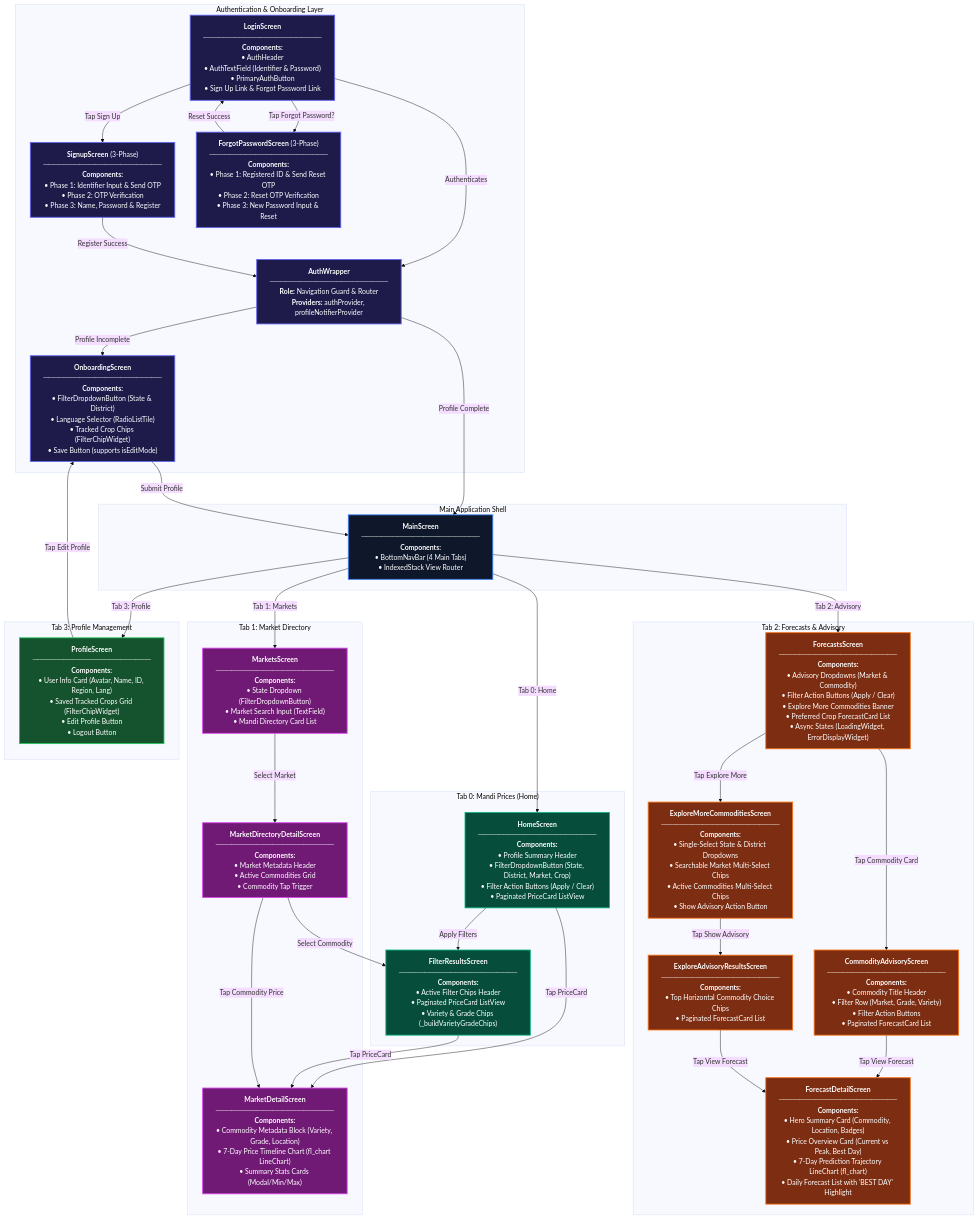
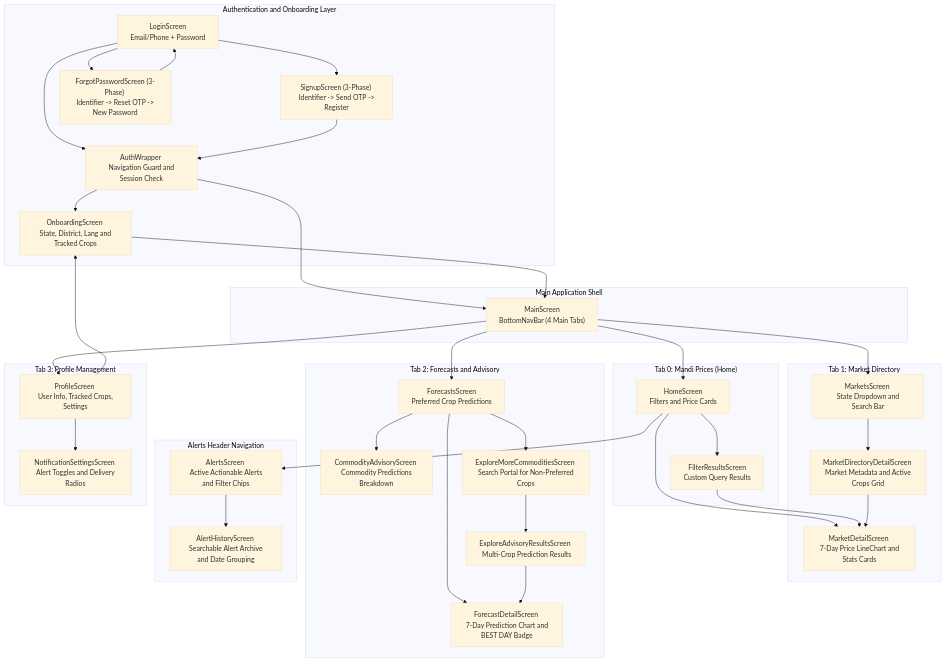
The third of 3 diagrams in agent_helper.md (Navaneeth832/mandi-intelligence-app), drawn with Mermaid (base theme) before and after one commit. The commit also changed other lines of this file, not shown here.

````diff
--- a/agent_helper.md
+++ b/agent_helper.md
@@ -305,81 +295,70 @@
 ```mermaid
 flowchart TB
- subgraph AuthLayer["Authentication & Onboarding Layer"]
-        AuthWrapper["<b>AuthWrapper</b><br>───────────────────────<br><b>Role:</b> Navigation Guard &amp; Router<br><b>Providers:</b> authProvider, profileNotifierProvider"]
-        LoginScreen["<b>LoginScreen</b><br>───────────────────────<br><b>Components:</b><br>• AuthHeader<br>• AuthTextField (Identifier &amp; Password)<br>• PrimaryAuthButton<br>• Sign Up Link &amp; Forgot Password Link"]
-        SignupScreen["<b>SignupScreen</b> (3-Phase)<br>───────────────────────<br><b>Components:</b><br>• Phase 1: Identifier Input &amp; Send OTP<br>• Phase 2: OTP Verification<br>• Phase 3: Name, Password &amp; Register"]
-        ForgotPasswordScreen["<b>ForgotPasswordScreen</b> (3-Phase)<br>───────────────────────<br><b>Components:</b><br>• Phase 1: Registered ID &amp; Send Reset OTP<br>• Phase 2: Reset OTP Verification<br>• Phase 3: New Password Input &amp; Reset"]
-        OnboardingScreen["<b>OnboardingScreen</b><br>───────────────────────<br><b>Components:</b><br>• FilterDropdownButton (State &amp; District)<br>• Language Selector (RadioListTile)<br>• Tracked Crop Chips (FilterChipWidget)<br>• Save Button (supports isEditMode)"]
-  end
- subgraph AppHub["Main Application Shell"]
-        MainScreen["<b>MainScreen</b><br>───────────────────────<br><b>Components:</b><br>• BottomNavBar (4 Main Tabs)<br>• IndexedStack View Router"]
-  end
- subgraph HomeTab["Tab 0: Mandi Prices (Home)"]
-        HomeScreen["<b>HomeScreen</b><br>───────────────────────<br><b>Components:</b><br>• Profile Summary Header<br>• FilterDropdownButton (State, District, Market, Crop)<br>• Filter Action Buttons (Apply / Clear)<br>• Paginated PriceCard ListView"]
-        FilterResultsScreen["<b>FilterResultsScreen</b><br>───────────────────────<br><b>Components:</b><br>• Active Filter Chips Header<br>• Paginated PriceCard ListView<br>• Variety &amp; Grade Chips (_buildVarietyGradeChips)"]
-  end
- subgraph MarketsTab["Tab 1: Market Directory"]
-        MarketsScreen["<b>MarketsScreen</b><br>───────────────────────<br><b>Components:</b><br>• State Dropdown (FilterDropdownButton)<br>• Market Search Input (TextField)<br>• Mandi Directory Card List"]
-        MarketDirectoryDetailScreen["<b>MarketDirectoryDetailScreen</b><br>───────────────────────<br><b>Components:</b><br>• Market Metadata Header<br>• Active Commodities Grid<br>• Commodity Tap Trigger"]
-        MarketDetailScreen["<b>MarketDetailScreen</b><br>───────────────────────<br><b>Components:</b><br>• Commodity Metadata Block (Variety, Grade, Location)<br>• 7-Day Price Timeline Chart (fl_chart LineChart)<br>• Summary Stats Cards (Modal/Min/Max)"]
-  end
- subgraph AdvisoryTab["Tab 2: Forecasts & Advisory"]
-        ForecastsScreen["<b>ForecastsScreen</b><br>───────────────────────<br><b>Components:</b><br>• Advisory Dropdowns (Market &amp; Commodity)<br>• Filter Action Buttons (Apply / Clear)<br>• Explore More Commodities Banner<br>• Preferred Crop ForecastCard List<br>• Async States (LoadingWidget, ErrorDisplayWidget)"]
-        CommodityAdvisoryScreen["<b>CommodityAdvisoryScreen</b><br>───────────────────────<br><b>Components:</b><br>• Commodity Title Header<br>• Filter Row (Market, Grade, Variety)<br>• Filter Action Buttons<br>• Paginated ForecastCard List"]
-        ExploreMoreCommoditiesScreen["<b>ExploreMoreCommoditiesScreen</b><br>───────────────────────<br><b>Components:</b><br>• Single-Select State &amp; District Dropdowns<br>• Searchable Market Multi-Select Chips<br>• Active Commodities Multi-Select Chips<br>• Show Advisory Action Button"]
-        ExploreAdvisoryResultsScreen["<b>ExploreAdvisoryResultsScreen</b><br>───────────────────────<br><b>Components:</b><br>• Top Horizontal Commodity Choice Chips<br>• Paginated ForecastCard List"]
-        ForecastDetailScreen@{ label: "<b>ForecastDetailScreen</b><br>───────────────────────<br><b>Components:</b><br>• Hero Summary Card (Commodity, Location, Badges)<br>• Price Overview Card (Current vs Peak, Best Day)<br>• 7-Day Prediction Trajectory LineChart (fl_chart)<br>• Daily Forecast List with 'BEST DAY' Highlight" }
-  end
- subgraph ProfileTab["Tab 3: Profile Management"]
-        ProfileScreen["<b>ProfileScreen</b><br>───────────────────────<br><b>Components:</b><br>• User Info Card (Avatar, Name, ID, Region, Lang)<br>• Saved Tracked Crops Grid (FilterChipWidget)<br>• Edit Profile Button<br>• Logout Button"]
-  end
-    LoginScreen -- Tap Sign Up --> SignupScreen
-    LoginScreen -- Tap Forgot Password? --> ForgotPasswordScreen
-    LoginScreen -- Authenticates --> AuthWrapper
-    SignupScreen -- Register Success --> AuthWrapper
-    ForgotPasswordScreen -- Reset Success --> LoginScreen
-    AuthWrapper -- Profile Incomplete --> OnboardingScreen
-    AuthWrapper -- Profile Complete --> MainScreen
-    OnboardingScreen -- Submit Profile --> MainScreen
-    MainScreen -- Tab 0: Home --> HomeScreen
-    MainScreen -- Tab 1: Markets --> MarketsScreen
-    MainScreen -- Tab 2: Advisory --> ForecastsScreen
-    MainScreen -- Tab 3: Profile --> ProfileScreen
-    HomeScreen -- Apply Filters --> FilterResultsScreen
-    HomeScreen -- Tap PriceCard --> MarketDetailScreen
-    FilterResultsScreen -- Tap PriceCard --> MarketDetailScreen
-    MarketsScreen -- Select Market --> MarketDirectoryDetailScreen
-    MarketDirectoryDetailScreen -- Select Commodity --> FilterResultsScreen
-    MarketDirectoryDetailScreen -- Tap Commodity Price --> MarketDetailScreen
-    ForecastsScreen -- Tap Commodity Card --> CommodityAdvisoryScreen
-    ForecastsScreen -- Tap Explore More --> ExploreMoreCommoditiesScreen
-    CommodityAdvisoryScreen -- Tap View Forecast --> ForecastDetailScreen
-    ExploreMoreCommoditiesScreen -- Tap Show Advisory --> ExploreAdvisoryResultsScreen
-    ExploreAdvisoryResultsScreen -- Tap View Forecast --> ForecastDetailScreen
-    ProfileScreen -- Tap Edit Profile --> OnboardingScreen
+    subgraph AuthLayer ["Authentication and Onboarding Layer"]
+        AuthWrapper["AuthWrapper \n Navigation Guard and Session Check"]
+        LoginScreen["LoginScreen \n Email/Phone + Password"]
+        SignupScreen["SignupScreen (3-Phase) \n Identifier -> Send OTP -> Register"]
+        ForgotPasswordScreen["ForgotPasswordScreen (3-Phase) \n Identifier -> Reset OTP -> New Password"]
+        OnboardingScreen["OnboardingScreen \n State, District, Lang and Tracked Crops"]
+    end
 
-    ForecastDetailScreen@{ shape: rect}
-     AuthWrapper:::authStyle
-     LoginScreen:::authStyle
-     SignupScreen:::authStyle
-     ForgotPasswordScreen:::authStyle
-     OnboardingScreen:::authStyle
-     MainScreen:::mainStyle
-     HomeScreen:::homeStyle
-     FilterResultsScreen:::homeStyle
-     MarketsScreen:::mktStyle
-     MarketDirectoryDetailScreen:::mktStyle
-     MarketDetailScreen:::mktStyle
-     ForecastsScreen:::advStyle
-     CommodityAdvisoryScreen:::advStyle
-     ExploreMoreCommoditiesScreen:::advStyle
-     ExploreAdvisoryResultsScreen:::advStyle
-     ForecastDetailScreen:::advStyle
-     ProfileScreen:::profStyle
-    classDef authStyle fill:#1e1b4b,stroke:#6366f1,stroke-width:2px,color:#fff
-    classDef mainStyle fill:#0f172a,stroke:#3b82f6,stroke-width:2px,color:#fff
-    classDef homeStyle fill:#064e3b,stroke:#10b981,stroke-width:2px,color:#fff
-    classDef mktStyle fill:#701a75,stroke:#d946ef,stroke-width:2px,color:#fff
-    classDef advStyle fill:#7c2d12,stroke:#f97316,stroke-width:2px,color:#fff
-    classDef profStyle fill:#14532d,stroke:#22c55e,stroke-width:2px,color:#fff
+    subgraph AppHub ["Main Application Shell"]
+        MainScreen["MainScreen \n BottomNavBar (4 Main Tabs)"]
+    end
+
+    subgraph HomeTab ["Tab 0: Mandi Prices (Home)"]
+        HomeScreen["HomeScreen \n Filters and Price Cards"]
+        FilterResultsScreen["FilterResultsScreen \n Custom Query Results"]
+    end
+
+    subgraph MarketsTab ["Tab 1: Market Directory"]
+        MarketsScreen["MarketsScreen \n State Dropdown and Search Bar"]
+        MarketDirectoryDetailScreen["MarketDirectoryDetailScreen \n Market Metadata and Active Crops Grid"]
+        MarketDetailScreen["MarketDetailScreen \n 7-Day Price LineChart and Stats Cards"]
+    end
+
+    subgraph AdvisoryTab ["Tab 2: Forecasts and Advisory"]
+        ForecastsScreen["ForecastsScreen \n Preferred Crop Predictions"]
+        CommodityAdvisoryScreen["CommodityAdvisoryScreen \n Commodity Predictions Breakdown"]
+        ExploreMoreCommoditiesScreen["ExploreMoreCommoditiesScreen \n Search Portal for Non-Preferred Crops"]
+        ExploreAdvisoryResultsScreen["ExploreAdvisoryResultsScreen \n Multi-Crop Prediction Results"]
+        ForecastDetailScreen["ForecastDetailScreen \n 7-Day Prediction Chart and BEST DAY Badge"]
+    end
+
+    subgraph AlertsHeader ["Alerts Header Navigation"]
+        AlertsScreen["AlertsScreen \n Active Actionable Alerts and Filter Chips"]
+        AlertHistoryScreen["AlertHistoryScreen \n Searchable Alert Archive and Date Grouping"]
+    end
+
+    subgraph ProfileTab ["Tab 3: Profile Management"]
+        ProfileScreen["ProfileScreen \n User Info, Tracked Crops, Settings"]
+        NotificationSettingsScreen["NotificationSettingsScreen \n Alert Toggles and Delivery Radios"]
+    end
+
+    LoginScreen --> SignupScreen
+    LoginScreen --> ForgotPasswordScreen
+    LoginScreen --> AuthWrapper
+    SignupScreen --> AuthWrapper
+    ForgotPasswordScreen --> LoginScreen
+    AuthWrapper --> OnboardingScreen
+    AuthWrapper --> MainScreen
+    OnboardingScreen --> MainScreen
+    MainScreen --> HomeScreen
+    MainScreen --> MarketsScreen
+    MainScreen --> ForecastsScreen
+    MainScreen --> ProfileScreen
+    HomeScreen --> AlertsScreen
+    AlertsScreen --> AlertHistoryScreen
+    HomeScreen --> FilterResultsScreen
+    HomeScreen --> MarketDetailScreen
+    FilterResultsScreen --> MarketDetailScreen
+    MarketsScreen --> MarketDirectoryDetailScreen
+    MarketDirectoryDetailScreen --> MarketDetailScreen
+    ForecastsScreen --> CommodityAdvisoryScreen
+    ForecastsScreen --> ExploreMoreCommoditiesScreen
+    ForecastsScreen --> ForecastDetailScreen
+    ExploreMoreCommoditiesScreen --> ExploreAdvisoryResultsScreen
+    ExploreAdvisoryResultsScreen --> ForecastDetailScreen
+    ProfileScreen --> OnboardingScreen
+    ProfileScreen --> NotificationSettingsScreen
 ```
````
